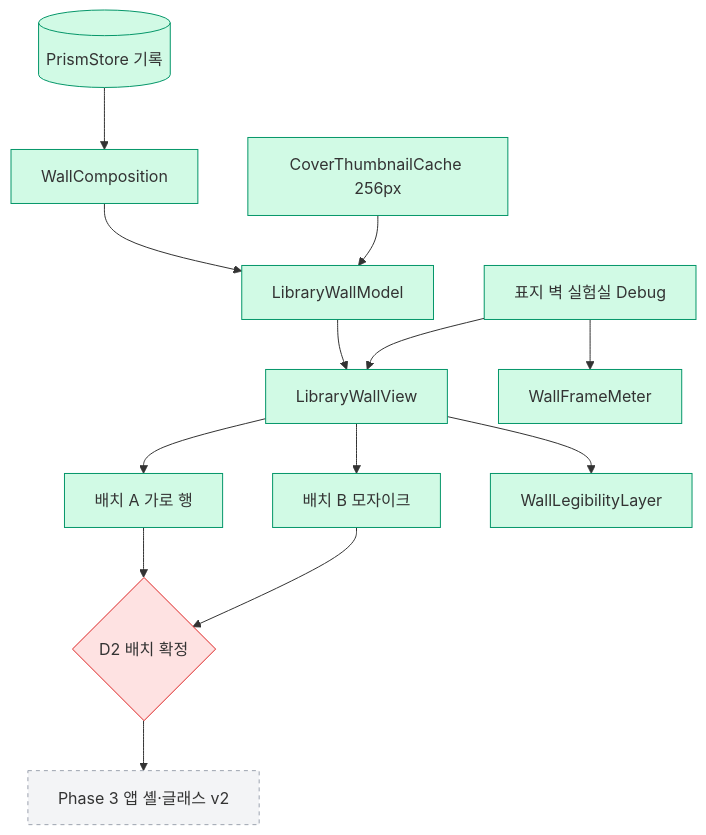
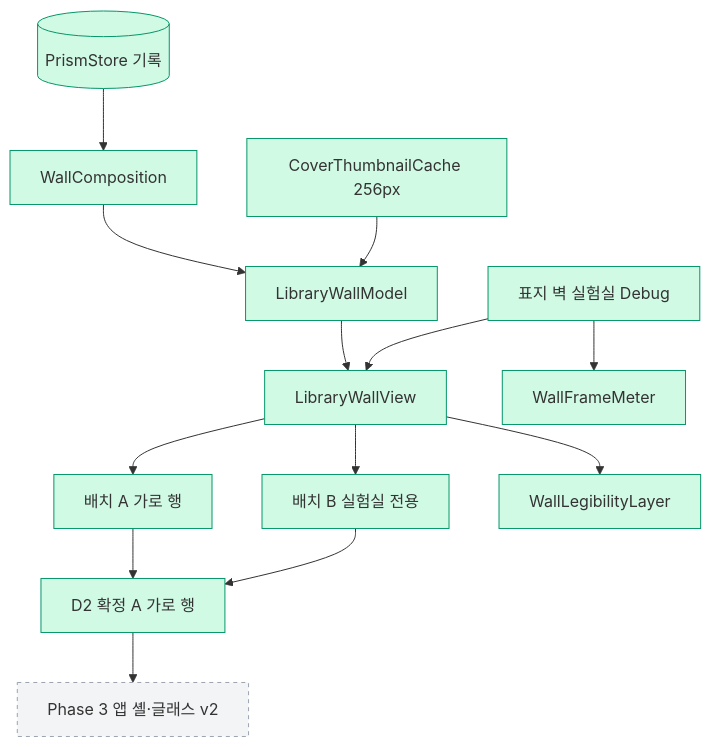
The diagram in .sitrep/sessions/20261117-2250-ios-v2-phase0/arch.mmd (Nedian0Brien/PrismLog), drawn with Mermaid before and after one commit. The commit also changed 7 other files, not shown here.

```diff
--- a/.sitrep/sessions/20261117-2250-ios-v2-phase0/arch.mmd
+++ b/.sitrep/sessions/20261117-2250-ios-v2-phase0/arch.mmd
@@ -1,28 +1,28 @@
 flowchart TD
   REC[(PrismStore 기록)]:::done
   COMP[WallComposition]:::done
   MODEL[LibraryWallModel]:::done
   CACHE[CoverThumbnailCache 256px]:::done
   VIEW[LibraryWallView]:::done
   A[배치 A 가로 행]:::done
-  B[배치 B 모자이크]:::done
+  B[배치 B 실험실 전용]:::done
   LEG[WallLegibilityLayer]:::done
   LAB[표지 벽 실험실 Debug]:::done
   METER[WallFrameMeter]:::done
-  D2{D2 배치 확정}:::decide
+  D2[D2 확정 A 가로 행]:::done
   P3[Phase 3 앱 셸·글래스 v2]:::todo
   REC --> COMP --> MODEL
   CACHE --> MODEL
   MODEL --> VIEW
   VIEW --> A
   VIEW --> B
   VIEW --> LEG
   LAB --> VIEW
   LAB --> METER
   A --> D2
   B --> D2
   D2 --> P3
   classDef done fill:#d1fae5,stroke:#059669
   classDef doing fill:#fef3c7,stroke:#d97706
   classDef decide fill:#fee2e2,stroke:#dc2626
   classDef todo fill:#f3f4f6,stroke:#9ca3af,stroke-dasharray:4
```
